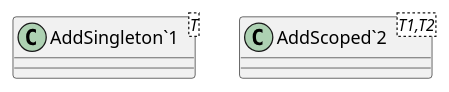
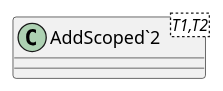
The diagram in Application/ClassDiagrams/BlazorApp/BlazorApp/Program.puml (Bedstefar69/RedditAssignment-2), drawn with PlantUML before and after one commit. The commit also changed 11 other files, not shown here.

```diff
--- a/Application/ClassDiagrams/BlazorApp/BlazorApp/Program.puml
+++ b/Application/ClassDiagrams/BlazorApp/BlazorApp/Program.puml
@@ -1,6 +1,4 @@
 @startuml
-class "AddSingleton`1"<T> {
-}
 class "AddScoped`2"<T1,T2> {
 }
 @enduml
```
